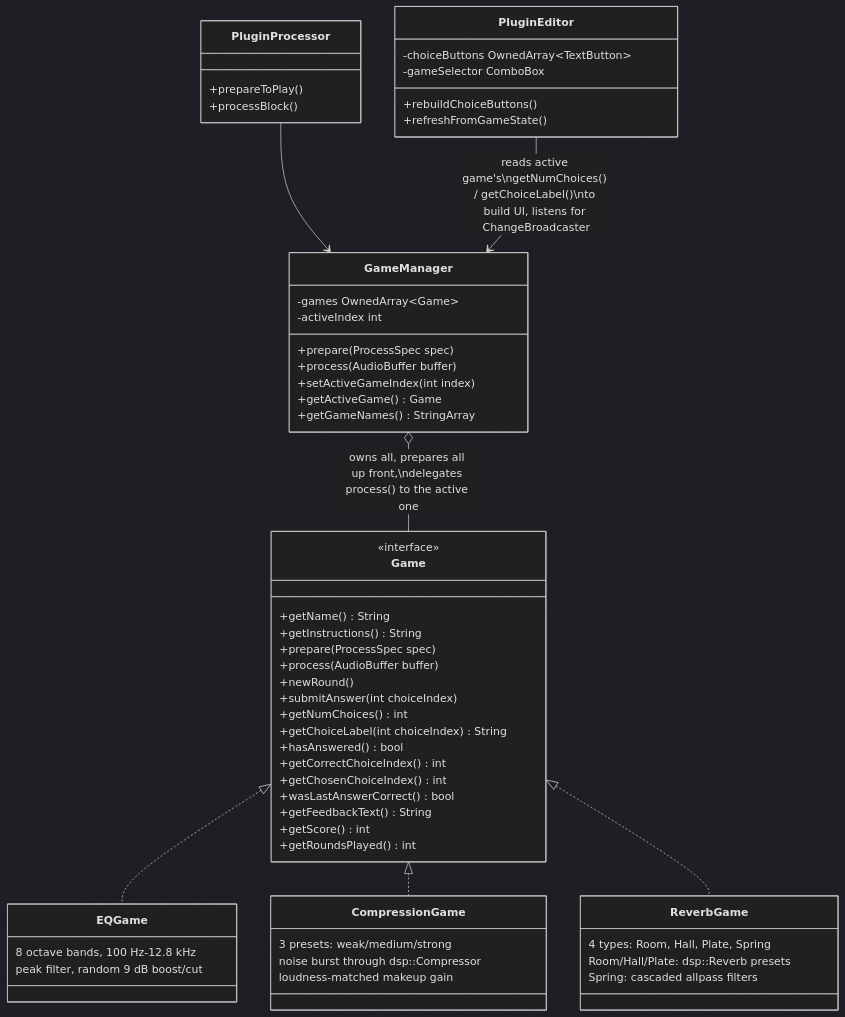
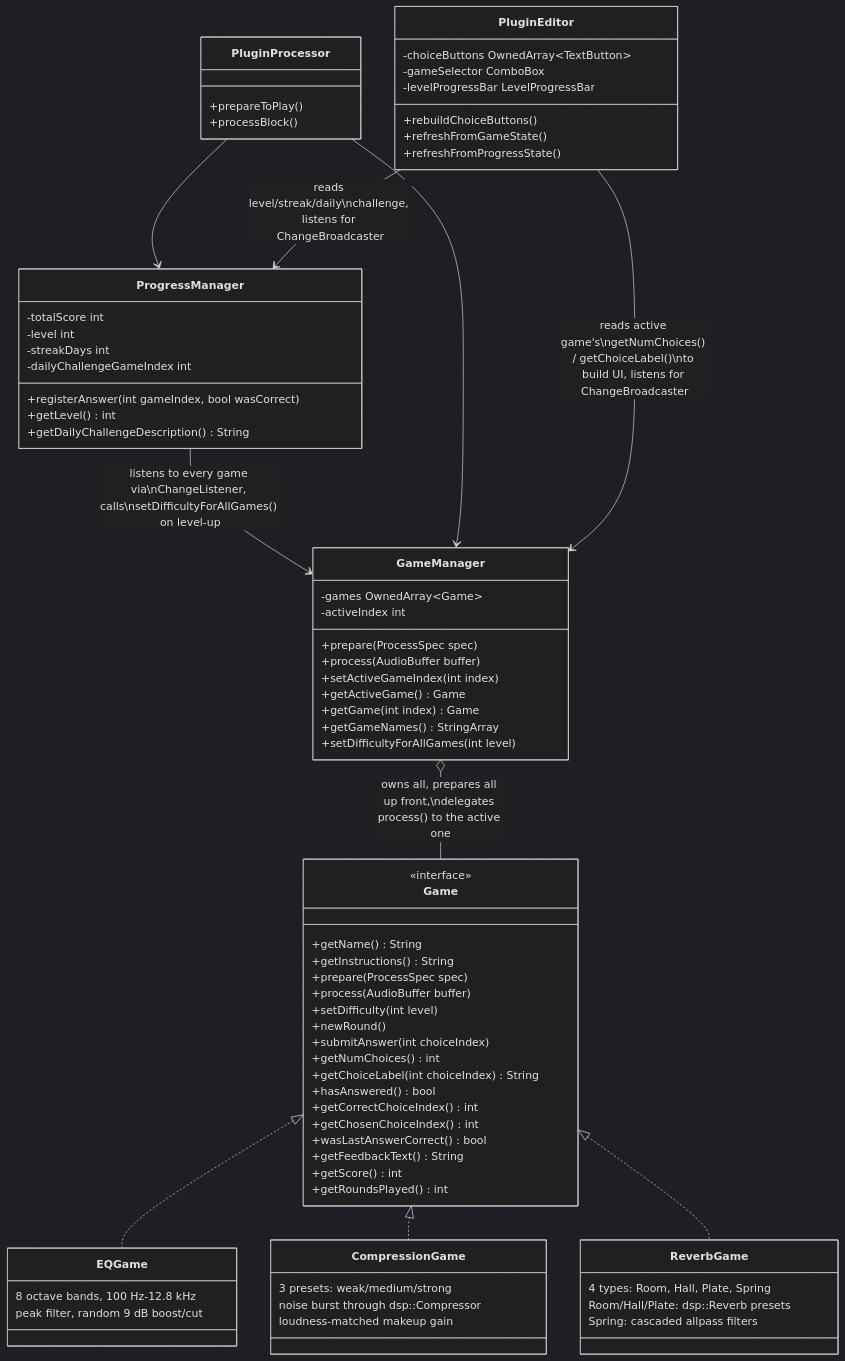
One commit to bogggare567/abcTrain changed the diagram in docs/diagrams/game-engine.md. Above: the diagram before and after it, drawn with Mermaid (dark theme). The commit also changed other lines of this file and 24 other files, not shown here.

````diff
--- a/docs/diagrams/game-engine.md
+++ b/docs/diagrams/game-engine.md
@@ -13,6 +15,7 @@
         +getInstructions() String
         +prepare(ProcessSpec spec)
         +process(AudioBuffer buffer)
+        +setDifficulty(int level)
         +newRound()
         +submitAnswer(int choiceIndex)
         +getNumChoices() int
@@ -54,10 +57,24 @@
         +process(AudioBuffer buffer)
         +setActiveGameIndex(int index)
         +getActiveGame() Game
+        +getGame(int index) Game
         +getGameNames() StringArray
+        +setDifficultyForAllGames(int level)
     }
 
     GameManager o-- Game : owns all, prepares all up front,\ndelegates process() to the active one
+
+    class ProgressManager {
+        -totalScore int
+        -level int
+        -streakDays int
+        -dailyChallengeGameIndex int
+        +registerAnswer(int gameIndex, bool wasCorrect)
+        +getLevel() int
+        +getDailyChallengeDescription() String
+    }
+
+    ProgressManager --> GameManager : listens to every game via\nChangeListener, calls\nsetDifficultyForAllGames() on level-up
 
     class PluginProcessor {
         +prepareToPlay()
@@ -67,10 +84,14 @@
     class PluginEditor {
         -choiceButtons OwnedArray~TextButton~
         -gameSelector ComboBox
+        -levelProgressBar LevelProgressBar
         +rebuildChoiceButtons()
         +refreshFromGameState()
+        +refreshFromProgressState()
     }
 
     PluginProcessor --> GameManager
+    PluginProcessor --> ProgressManager
     PluginEditor --> GameManager : reads active game's\ngetNumChoices() / getChoiceLabel()\nto build UI, listens for ChangeBroadcaster
+    PluginEditor --> ProgressManager : reads level/streak/daily\nchallenge, listens for ChangeBroadcaster
 ```
````
